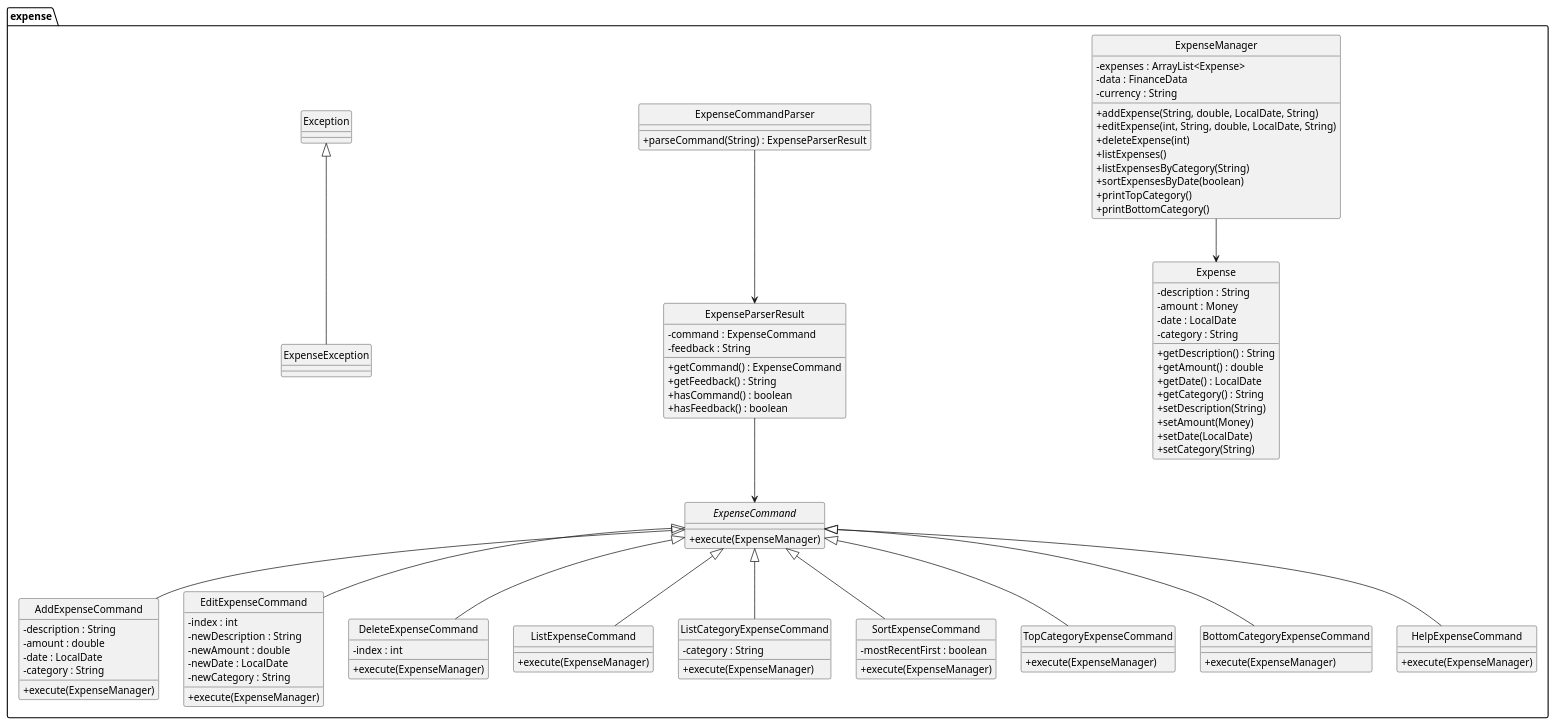
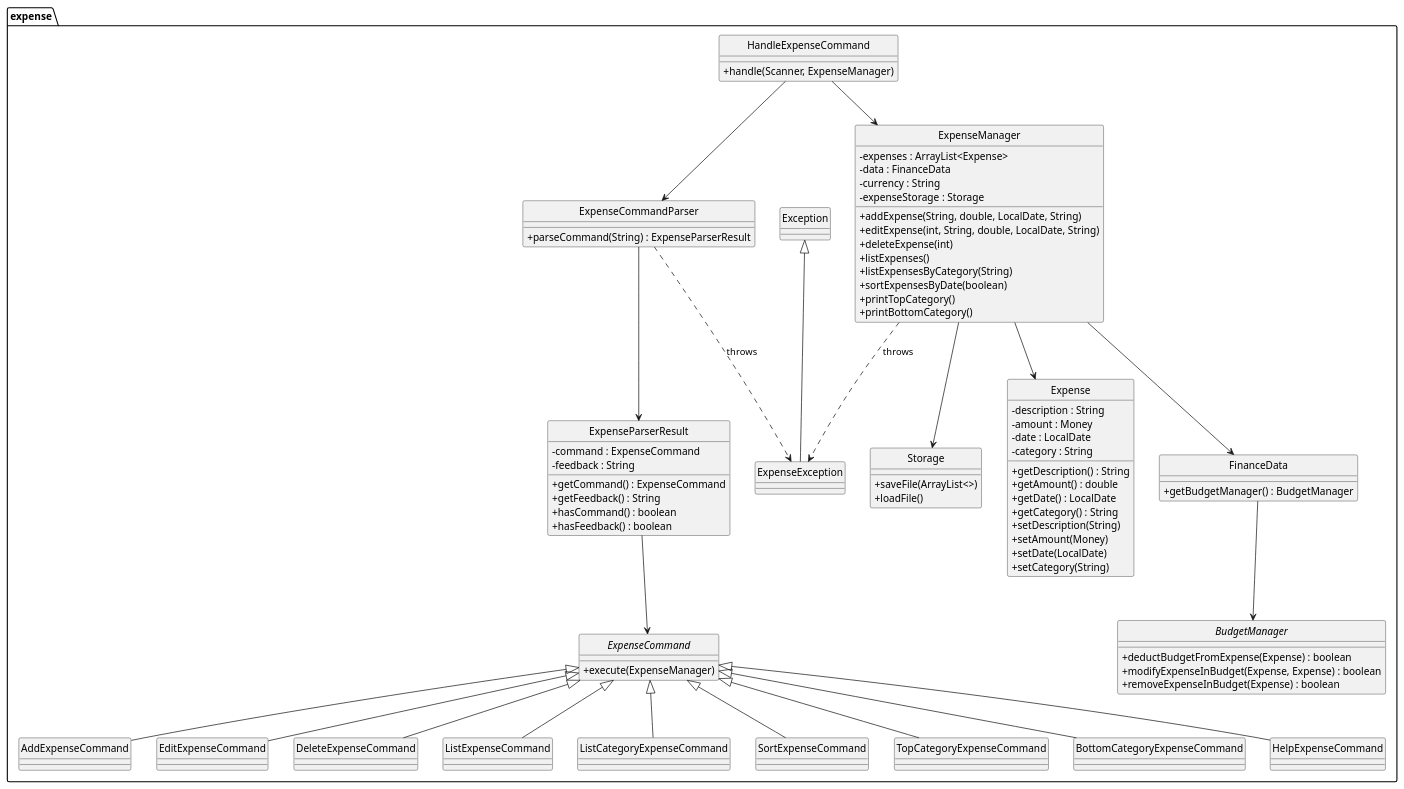
The diagram in docs/diagrams/ExpenseManager.puml (trunghjieu2506/tp), drawn with PlantUML before and after one commit. The commit also changed 8 other files, not shown here.

Commit message:
Update PlantUML diagrams

```diff
--- a/docs/diagrams/ExpenseManager.puml
+++ b/docs/diagrams/ExpenseManager.puml
@@ -1,118 +1,109 @@
 @startuml ExpensePackageClassDiagram
 hide circle
 skinparam classAttributeIconSize 0
 
 package "expense" {
     class Expense {
         - description : String
         - amount : Money
         - date : LocalDate
         - category : String
         + getDescription() : String
         + getAmount() : double
         + getDate() : LocalDate
         + getCategory() : String
         + setDescription(String)
         + setAmount(Money)
         + setDate(LocalDate)
         + setCategory(String)
     }
 
     class ExpenseManager {
         - expenses : ArrayList<Expense>
         - data : FinanceData
         - currency : String
+        - expenseStorage : Storage
         + addExpense(String, double, LocalDate, String)
         + editExpense(int, String, double, LocalDate, String)
         + deleteExpense(int)
         + listExpenses()
         + listExpensesByCategory(String)
         + sortExpensesByDate(boolean)
         + printTopCategory()
         + printBottomCategory()
     }
 
     abstract class ExpenseCommand {
         + execute(ExpenseManager)
     }
 
-    class AddExpenseCommand {
-        - description : String
-        - amount : double
-        - date : LocalDate
-        - category : String
-        + execute(ExpenseManager)
-    }
-
-    class EditExpenseCommand {
-        - index : int
-        - newDescription : String
-        - newAmount : double
-        - newDate : LocalDate
-        - newCategory : String
-        + execute(ExpenseManager)
-    }
-
-    class DeleteExpenseCommand {
-        - index : int
-        + execute(ExpenseManager)
-    }
-
-    class ListExpenseCommand {
-        + execute(ExpenseManager)
-    }
-
-    class ListCategoryExpenseCommand {
-        - category : String
-        + execute(ExpenseManager)
-    }
-
-    class SortExpenseCommand {
-        - mostRecentFirst : boolean
-        + execute(ExpenseManager)
-    }
-
-    class TopCategoryExpenseCommand {
-        + execute(ExpenseManager)
-    }
-
-    class BottomCategoryExpenseCommand {
-        + execute(ExpenseManager)
-    }
-
-    class HelpExpenseCommand {
-        + execute(ExpenseManager)
-    }
+    class AddExpenseCommand
+    class EditExpenseCommand
+    class DeleteExpenseCommand
+    class ListExpenseCommand
+    class ListCategoryExpenseCommand
+    class SortExpenseCommand
+    class TopCategoryExpenseCommand
+    class BottomCategoryExpenseCommand
+    class HelpExpenseCommand
 
     class ExpenseCommandParser {
         + parseCommand(String) : ExpenseParserResult
     }
 
     class ExpenseParserResult {
         - command : ExpenseCommand
         - feedback : String
         + getCommand() : ExpenseCommand
         + getFeedback() : String
         + hasCommand() : boolean
         + hasFeedback() : boolean
     }
 
+    class HandleExpenseCommand {
+        + handle(Scanner, ExpenseManager)
+    }
+
+    class FinanceData {
+        + getBudgetManager() : BudgetManager
+    }
+
+    interface BudgetManager {
+        + deductBudgetFromExpense(Expense) : boolean
+        + modifyExpenseInBudget(Expense, Expense) : boolean
+        + removeExpenseInBudget(Expense) : boolean
+    }
+
+    class Storage {
+        + saveFile(ArrayList<>)
+        + loadFile()
+    }
+
     class ExpenseException extends Exception
 
     ' Relationships
     ExpenseManager --> Expense
+    ExpenseManager --> FinanceData
+    ExpenseManager --> Storage
+    FinanceData --> BudgetManager
+
+    ExpenseManager ..> ExpenseException : throws
+    ExpenseCommandParser --> ExpenseParserResult
+    ExpenseCommandParser ..> ExpenseException : throws
+    ExpenseParserResult --> ExpenseCommand
+
+    HandleExpenseCommand --> ExpenseManager
+    HandleExpenseCommand --> ExpenseCommandParser
+
     ExpenseCommand <|-- AddExpenseCommand
     ExpenseCommand <|-- EditExpenseCommand
     ExpenseCommand <|-- DeleteExpenseCommand
     ExpenseCommand <|-- ListExpenseCommand
     ExpenseCommand <|-- ListCategoryExpenseCommand
     ExpenseCommand <|-- SortExpenseCommand
     ExpenseCommand <|-- TopCategoryExpenseCommand
     ExpenseCommand <|-- BottomCategoryExpenseCommand
     ExpenseCommand <|-- HelpExpenseCommand
-
-    ExpenseCommandParser --> ExpenseParserResult
-    ExpenseParserResult --> ExpenseCommand
 }
 
 @enduml
```
